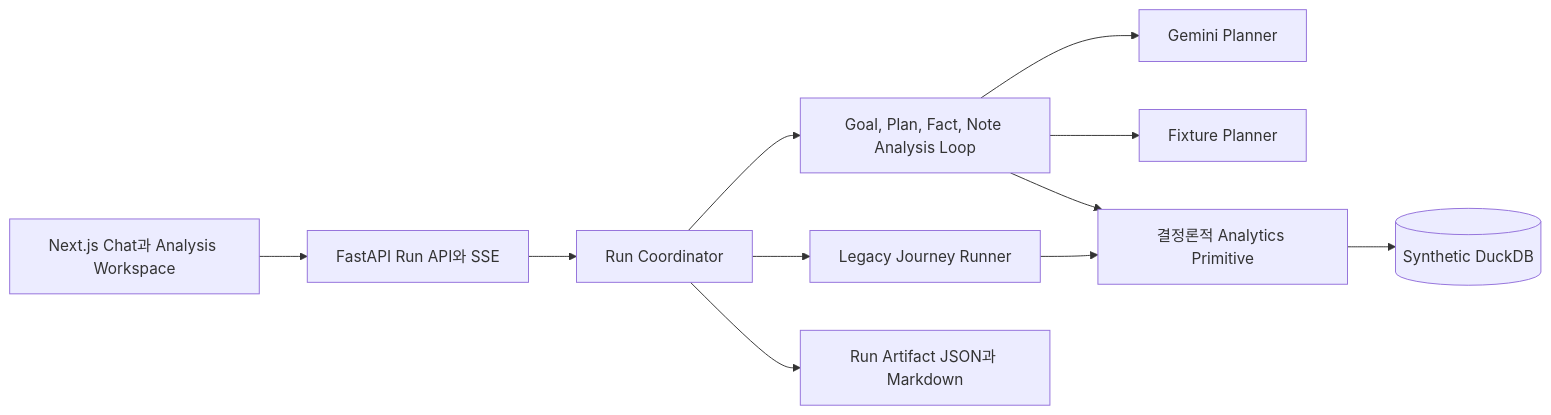
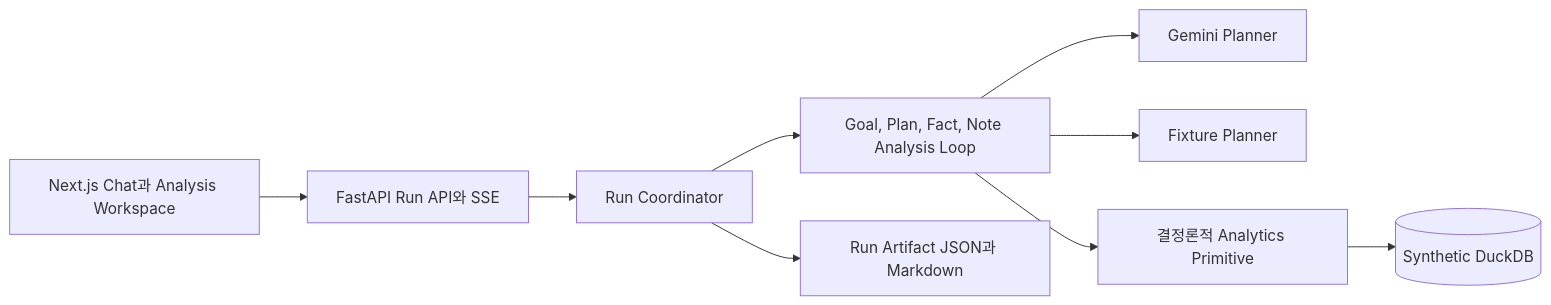
The diagram in README.md (up-jincy/catch-catch), drawn with Mermaid before and after one commit. The commit also changed other lines of this file and 2 other files, not shown here.

````diff
--- a/README.md
+++ b/README.md
@@ -47,13 +47,11 @@
 ```mermaid
 flowchart LR
   UI["Next.js Chat과 Analysis Workspace"] --> API["FastAPI Run API와 SSE"]
   API --> COORD["Run Coordinator"]
   COORD --> LOOP["Goal, Plan, Fact, Note Analysis Loop"]
-  COORD --> LEGACY["Legacy Journey Runner"]
   LOOP --> GEMINI["Gemini Planner"]
   LOOP --> FIXTURE["Fixture Planner"]
   LOOP --> ANALYTICS["결정론적 Analytics Primitive"]
-  LEGACY --> ANALYTICS
   ANALYTICS --> DB[("Synthetic DuckDB")]
   COORD --> ARTIFACT["Run Artifact JSON과 Markdown"]
 ```
````
